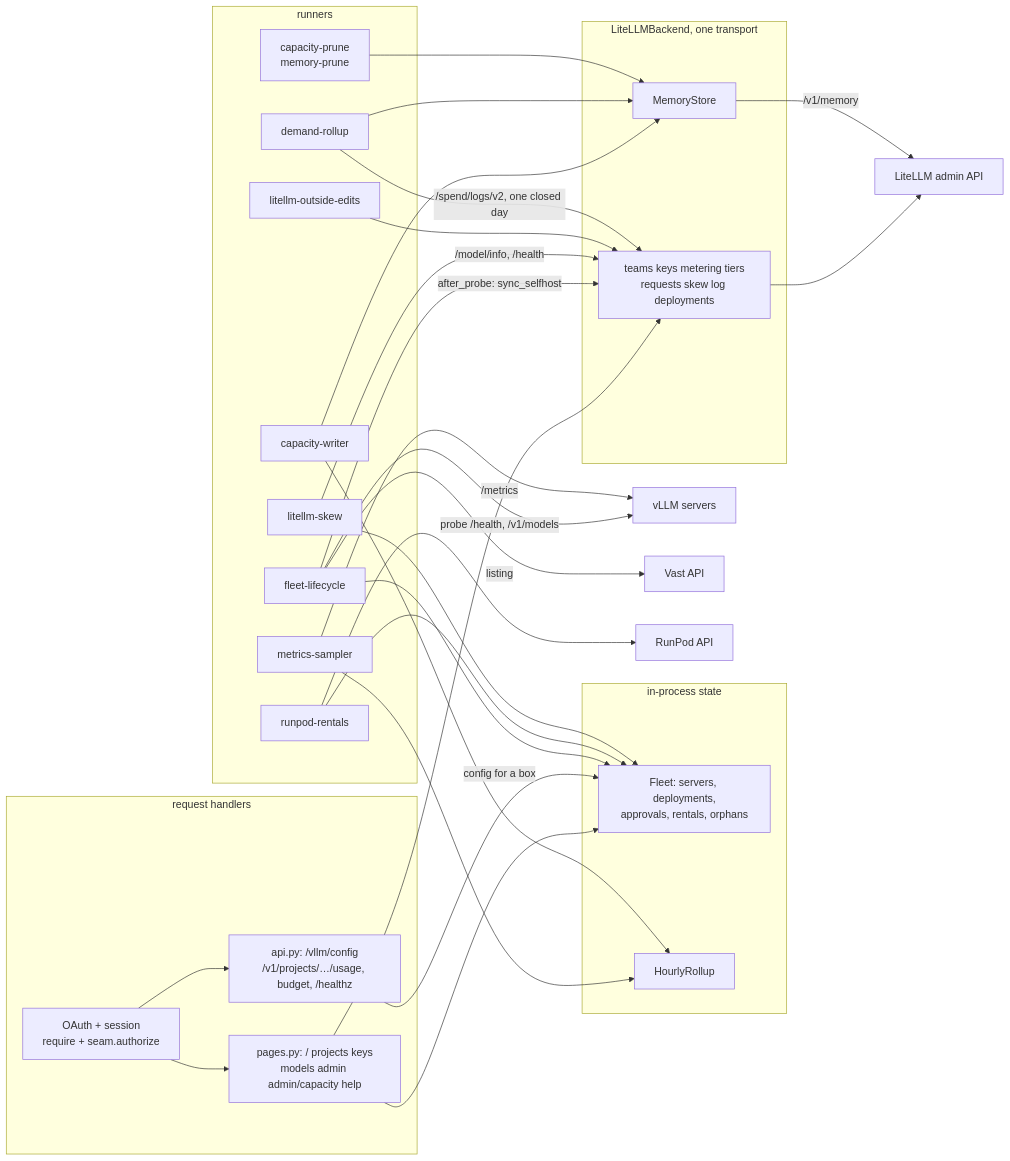
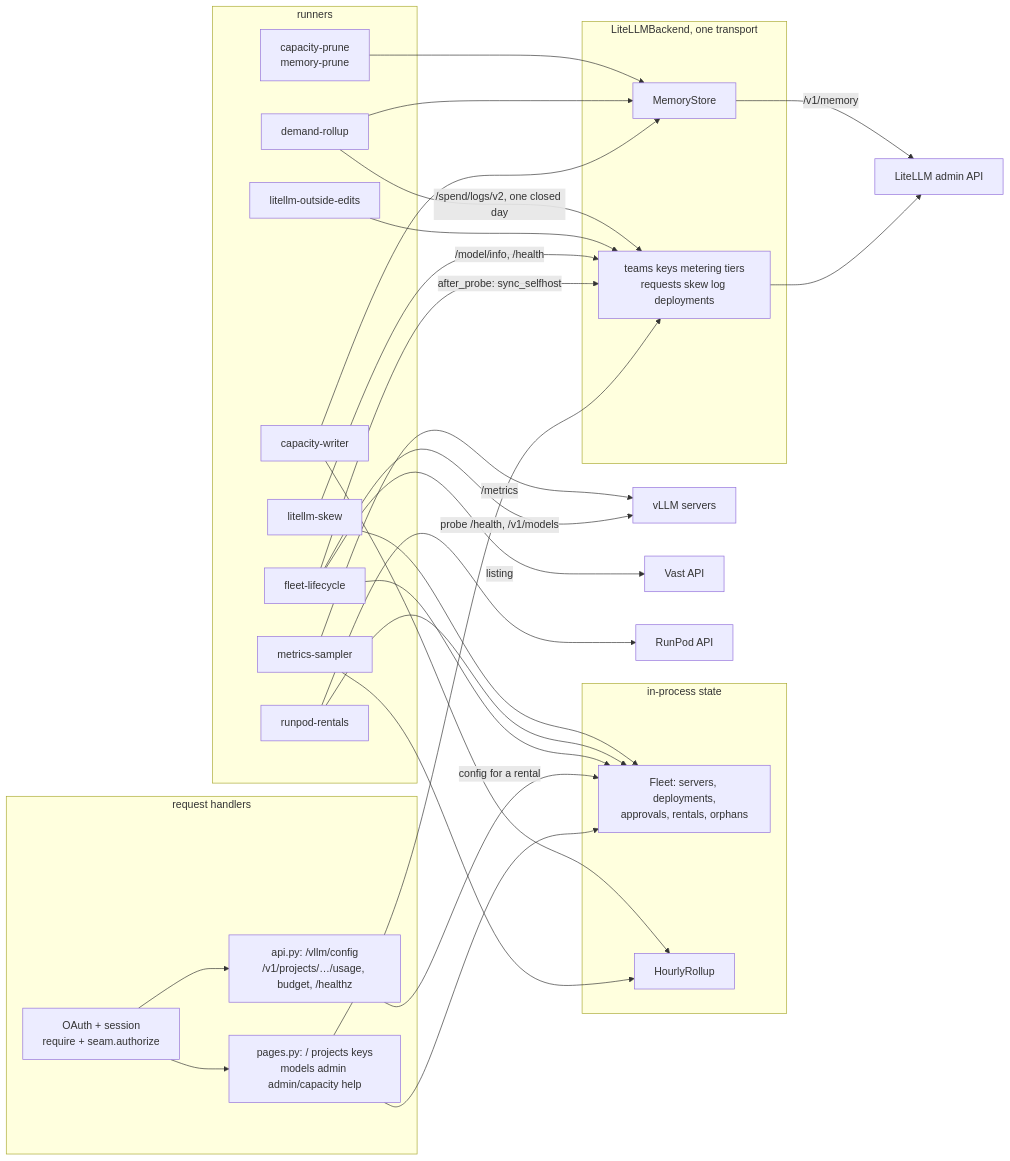
Before and after one commit to apache/tooling-llmao: the second of 4 diagrams in docs/ARCHITECTURE.md, drawn with Mermaid. The commit also changed other lines of this file and 77 other files, not shown here.

First line of the commit message:
box to rental, the words: comments, docs, config, messages, the page

````diff
--- a/docs/ARCHITECTURE.md
+++ b/docs/ARCHITECTURE.md
@@ -350,54 +350,54 @@
 ```mermaid
 flowchart LR
   subgraph handlers [request handlers]
     AUTH[OAuth + session<br/>require + seam.authorize]
     PAGES["pages.py: / projects keys<br/>models admin admin/capacity help"]
     JSON["api.py: /vllm/config<br/>/v1/projects/…/usage, budget, /healthz"]
   end
   subgraph state [in-process state]
     FLEET["Fleet: servers, deployments,<br/>approvals, rentals, orphans"]
     ROLLUP[HourlyRollup]
   end
   subgraph runners [runners]
     LIFE[fleet-lifecycle]
     RUNPOD[runpod-rentals]
     SKEW[litellm-skew]
     EDITS[litellm-outside-edits]
     SAMPLER[metrics-sampler]
     WRITER[capacity-writer]
     DEMAND[demand-rollup]
     PRUNE[capacity-prune<br/>memory-prune]
   end
   subgraph backend [LiteLLMBackend, one transport]
     MGRS[teams keys metering tiers<br/>requests skew log deployments]
     MEM[MemoryStore]
   end
-  BOXES[vLLM servers]
+  RENTALS[vLLM servers]
   LITELLM[LiteLLM admin API]
   VAST[Vast API]
   RP[RunPod API]
 
   AUTH --> PAGES
   AUTH --> JSON
   PAGES --> MGRS
   PAGES --> FLEET
-  JSON -->|config for a box| FLEET
+  JSON -->|config for a rental| FLEET
   LIFE -->|listing| VAST
-  LIFE -->|probe /health, /v1/models| BOXES
+  LIFE -->|probe /health, /v1/models| RENTALS
   LIFE --> FLEET
   LIFE -->|after_probe: sync_selfhost| MGRS
   RUNPOD --> RP
   RUNPOD --> FLEET
   SKEW -->|/model/info, /health| MGRS
   SKEW --> FLEET
   EDITS --> MGRS
-  SAMPLER -->|/metrics| BOXES
+  SAMPLER -->|/metrics| RENTALS
   SAMPLER --> ROLLUP
   WRITER --> ROLLUP
   WRITER --> MEM
   DEMAND -->|/spend/logs/v2, one closed day| MGRS
   DEMAND --> MEM
   PRUNE --> MEM
   MGRS --> LITELLM
   MEM -->|/v1/memory| LITELLM
 ```
````
